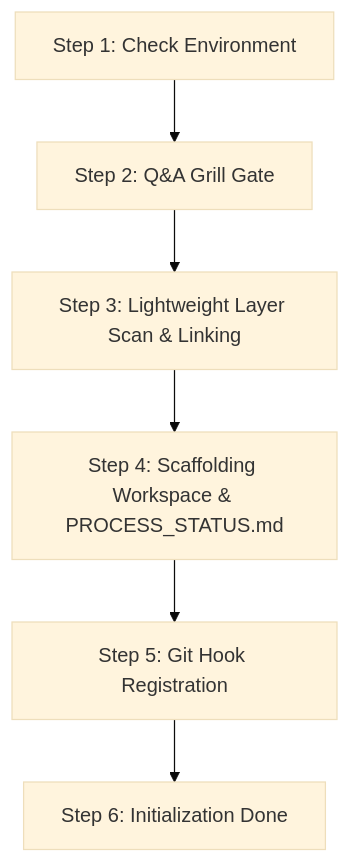
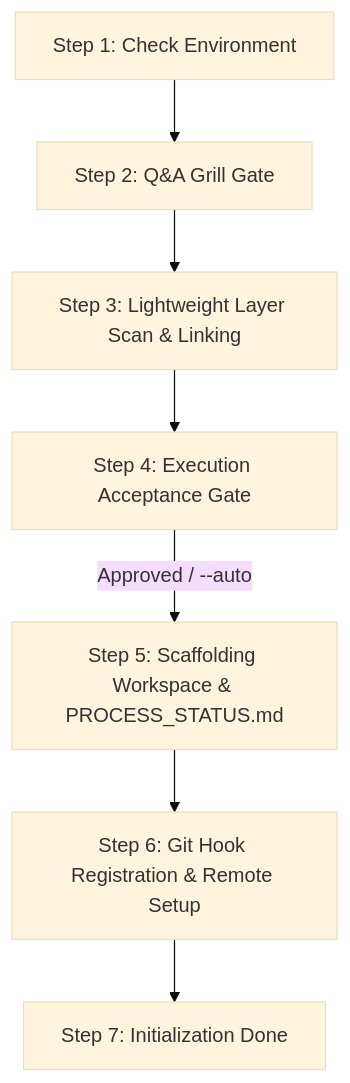
One commit to hrvthgergo/agent-driven-templates changed the second of 2 diagrams in fullstack_software_dev/init/init_workflow.md. Above: the diagram before and after it, drawn with Mermaid (base theme). The commit also changed other lines of this file and 7 other files, not shown here.

Commit message:
feat(init): Complete /init Master Guards implementation with Node S4 Execution Acceptance Gate, --auto mode, and 12-assertion E2E test suite

````diff
--- a/fullstack_software_dev/init/init_workflow.md
+++ b/fullstack_software_dev/init/init_workflow.md
@@ -79,8 +79,9 @@
 ```mermaid
 graph TD
     S1[Step 1: Check Environment] --> S2[Step 2: Q&A Grill Gate]
     S2 --> S3[Step 3: Lightweight Layer Scan & Linking]
-    S3 --> S4[Step 4: Scaffolding Workspace & PROCESS_STATUS.md]
-    S4 --> S5[Step 5: Git Hook Registration]
-    S5 --> S6[Step 6: Initialization Done]
+    S3 --> S4[Step 4: Execution Acceptance Gate]
+    S4 -->|Approved / --auto| S5[Step 5: Scaffolding Workspace & PROCESS_STATUS.md]
+    S5 --> S6[Step 6: Git Hook Registration & Remote Setup]
+    S6 --> S7[Step 7: Initialization Done]
 ```
````
